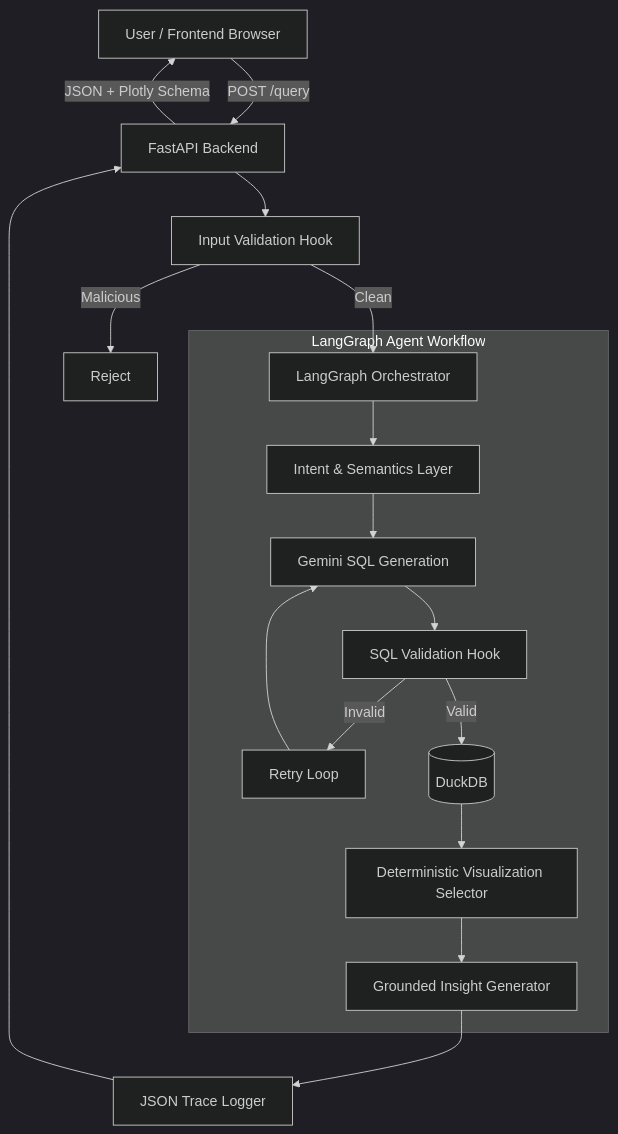
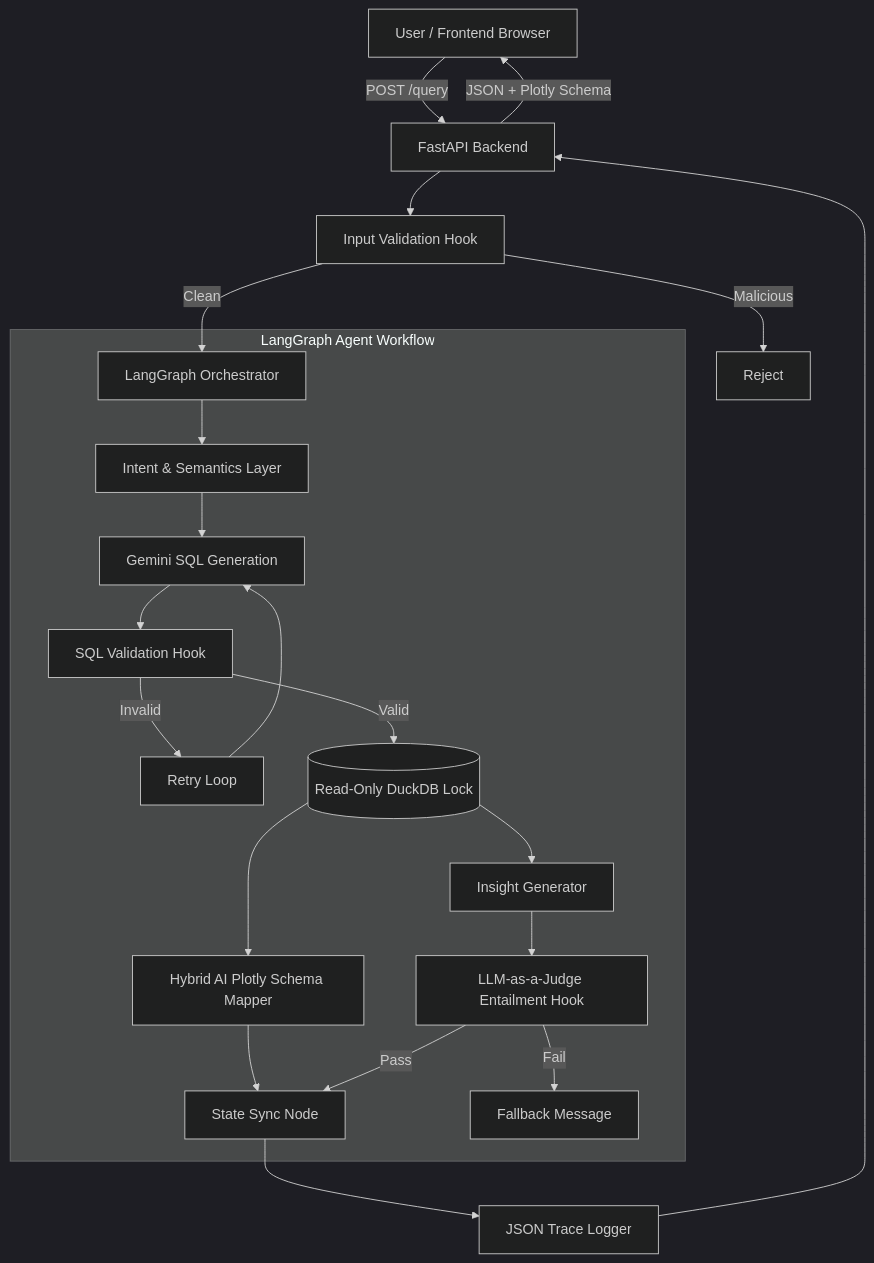
The diagram in README.md (UKaranK/prompt-to-plot), drawn with Mermaid (dark theme) before and after one commit. The commit also changed other lines of this file, not shown here.

Commit message:
docs: highly detailed overview of the massive agentic AI features

````diff
--- a/README.md
+++ b/README.md
@@ -7,22 +14,26 @@
 ```mermaid
 graph TD
     User[User / Frontend Browser] -->|POST /query| API[FastAPI Backend]
     API --> Hook1[Input Validation Hook]
     Hook1 -->|Clean| Agent[LangGraph Orchestrator]
     Hook1 -->|Malicious| Reject[Reject]
     
     subgraph LangGraph Agent Workflow
         Agent --> Intent[Intent & Semantics Layer]
         Intent --> SQLGen[Gemini SQL Generation]
         SQLGen --> Hook2[SQL Validation Hook]
         Hook2 -->|Invalid| Loop[Retry Loop]
         Loop --> SQLGen
-        Hook2 -->|Valid| DB[(DuckDB)]
-        DB --> Viz[Deterministic Visualization Selector]
-        Viz --> Insight[Grounded Insight Generator]
+        Hook2 -->|Valid| DB[(Read-Only DuckDB Lock)]
+        DB --> Viz[Hybrid AI Plotly Schema Mapper]
+        Viz --> Sink[State Sync Node]
+        DB --> Insight[Insight Generator]
+        Insight --> Judge[LLM-as-a-Judge Entailment Hook]
+        Judge -->|Fail| Safe[Fallback Message]
+        Judge -->|Pass| Sink
     end
     
-    Insight --> Trace[JSON Trace Logger]
+    Sink --> Trace[JSON Trace Logger]
     Trace --> API
     API -->|JSON + Plotly Schema| User
 ```
````
